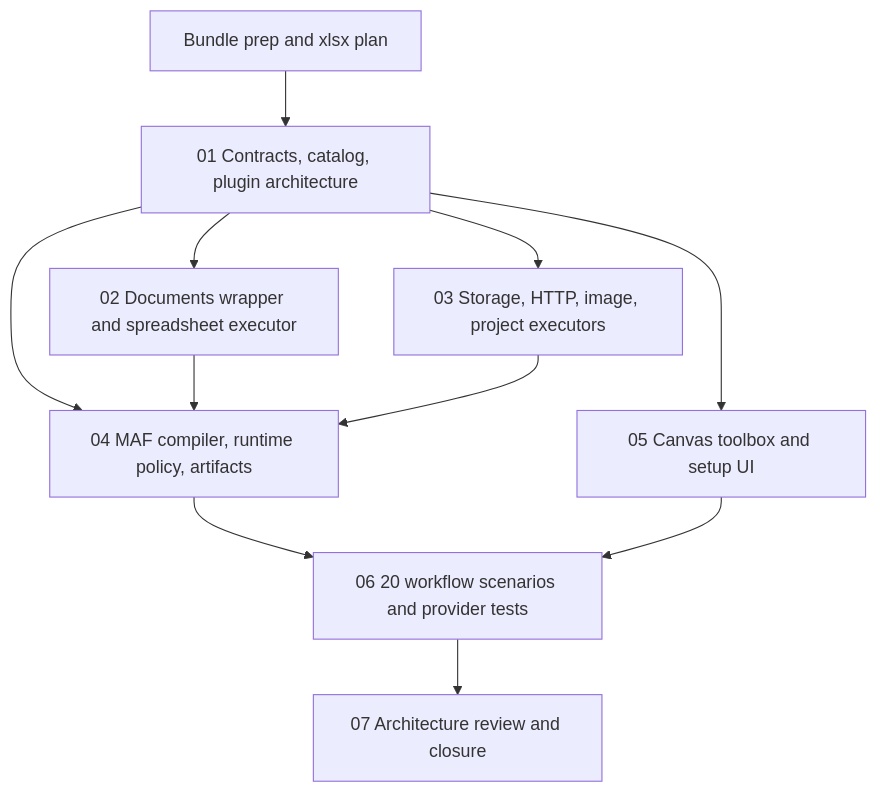
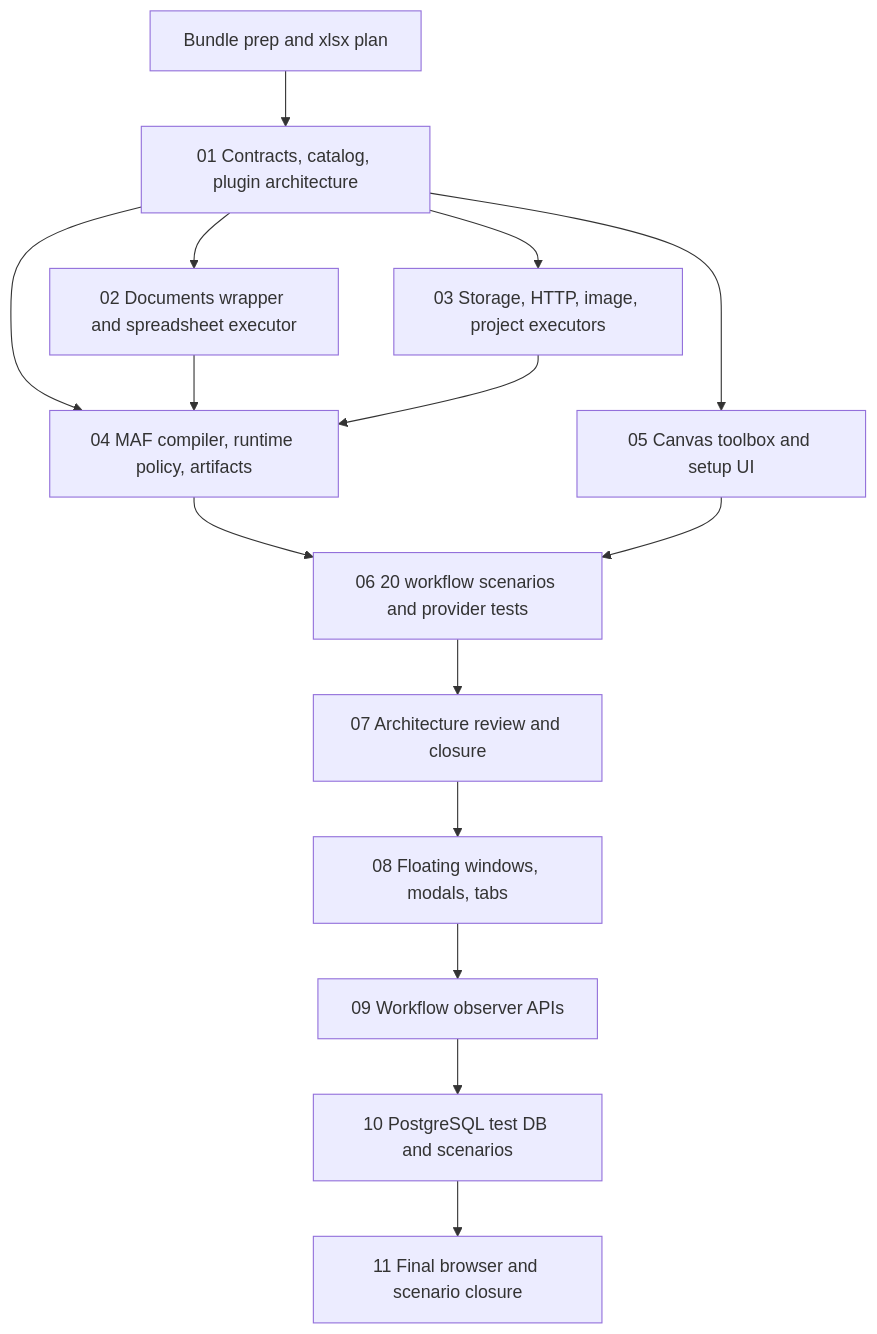
One commit to fyziktom/CanDoItAll changed the diagram in .codex/bundles/workflow-executors-maf-tools/plan/01-phase-plan.md. Above: the diagram before and after it, drawn with Mermaid. The commit also changed other lines of this file and 40 other files, not shown here.

Commit message:
add test scenarios

````diff
--- a/.codex/bundles/workflow-executors-maf-tools/plan/01-phase-plan.md
+++ b/.codex/bundles/workflow-executors-maf-tools/plan/01-phase-plan.md
@@ -15,13 +19,17 @@
 ```mermaid
 flowchart TD
     Prep["Bundle prep and xlsx plan"] --> S1["01 Contracts, catalog, plugin architecture"]
     S1 --> S2["02 Documents wrapper and spreadsheet executor"]
     S1 --> S3["03 Storage, HTTP, image, project executors"]
     S1 --> S4["04 MAF compiler, runtime policy, artifacts"]
     S2 --> S4
     S3 --> S4
     S1 --> S5["05 Canvas toolbox and setup UI"]
     S4 --> S6["06 20 workflow scenarios and provider tests"]
     S5 --> S6
     S6 --> S7["07 Architecture review and closure"]
+    S7 --> S8["08 Floating windows, modals, tabs"]
+    S8 --> S9["09 Workflow observer APIs"]
+    S9 --> S10["10 PostgreSQL test DB and scenarios"]
+    S10 --> S11["11 Final browser and scenario closure"]
 ```
````
